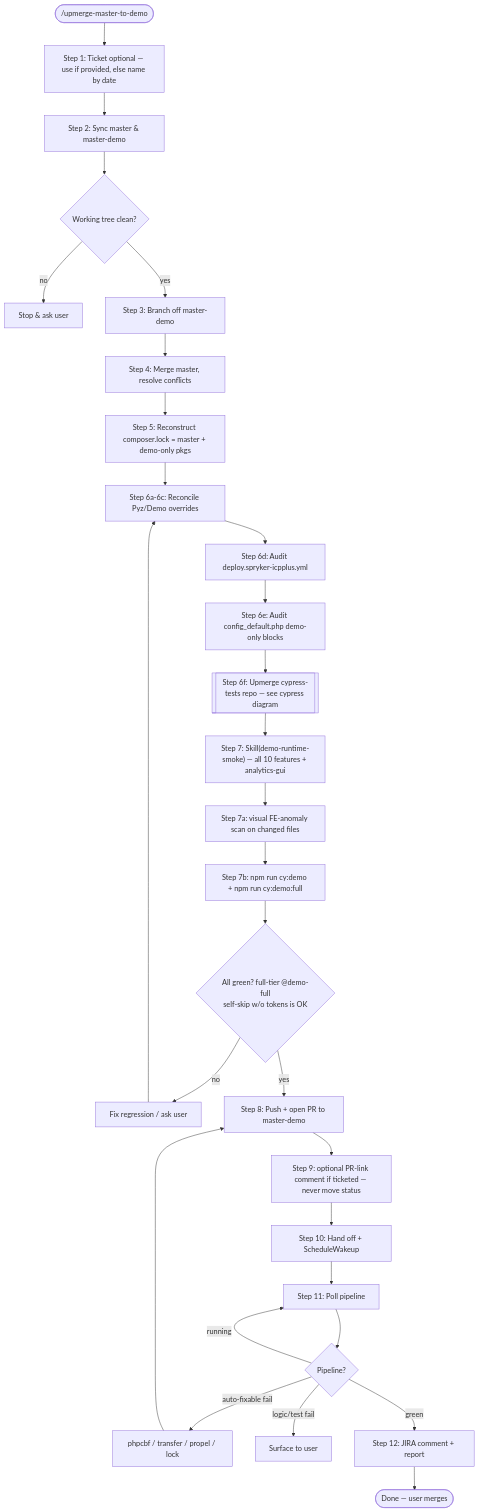
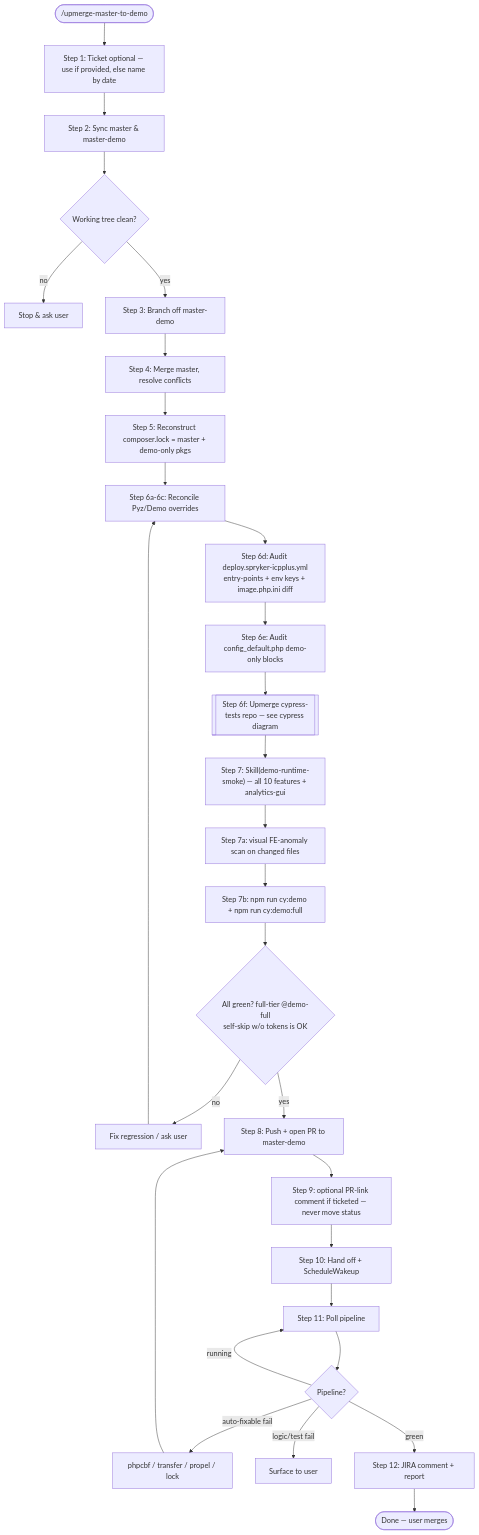
The first of 2 diagrams in .claude/skills/upmerge-master-to-demo/README.md (spryker-shop/b2b-demo-marketplace), drawn with Mermaid before and after one commit. The commit also changed other lines of this file and 2 other files, not shown here.

Commit message:
docs(upmerge-skill): add value-level ini diff to the Step 6d deploy audit
Step 6d only looked for requirements the MERGED CODE introduces, so it
structurally could not catch the reverse direction: master tuning a
runtime block across the deploy files it can see while
deploy.spryker-icpplus.yml -- a master-demo-only file -- keeps stale
values. No conflict, no missing key (keys present with stale values), no
new requirement, so checks 1-3 reported "no gaps" while icpplus sat on
opcache.enable: 0 after CC-39382 enabled it fleet-wide.

Adds check (4): diff the image.php.ini block against icp/scos/sns plus a
smoking-gun check for sibling ini changes in the current merge. Also
records that siblings intentionally disagree on sized values
(memory_consumption 256 on icp, 128 elsewhere; aws-env-template is the
canonical default), so the fix must diff more than one sibling.

Updated in all four places that describe 6d: the audit itself, its
DONE-line convention, the SKILL.md flow + test-plan + pitfalls, and the
README table + flow diagram.

````diff
--- a/.claude/skills/upmerge-master-to-demo/README.md
+++ b/.claude/skills/upmerge-master-to-demo/README.md
@@ -55,31 +55,31 @@
 ```mermaid
 flowchart TD
     A([/upmerge-master-to-demo]) --> B[Step 1: Ticket optional — use if provided, else name by date]
     B --> C[Step 2: Sync master & master-demo]
     C --> D{Working tree clean?}
     D -- no --> Dx[Stop & ask user]
     D -- yes --> E[Step 3: Branch off master-demo]
     E --> F[Step 4: Merge master, resolve conflicts]
     F --> G[Step 5: Reconstruct composer.lock = master + demo-only pkgs]
 
     G --> H[Step 6a-6c: Reconcile Pyz/Demo overrides ]
-    H --> I[Step 6d: Audit deploy.spryker-icpplus.yml]
+    H --> I[Step 6d: Audit deploy.spryker-icpplus.yml<br/>entry-points + env keys + image.php.ini diff]
     I --> J[Step 6e: Audit config_default.php demo-only blocks]
     J --> K[[Step 6f: Upmerge cypress-tests repo — see cypress diagram]]
 
     K --> L["Step 7: Skill(demo-runtime-smoke) — all 10 features + analytics-gui"]
     L --> La[Step 7a: visual FE-anomaly scan on changed files]
     La --> M[Step 7b: npm run cy:demo + npm run cy:demo:full]
     M --> N{All green? full-tier @demo-full<br/>self-skip w/o tokens is OK}
     N -- no --> Nx[Fix regression / ask user] --> H
     N -- yes --> O[Step 8: Push + open PR to master-demo]
     O --> P[Step 9: optional PR-link comment if ticketed — never move status]
     P --> Q[Step 10: Hand off + ScheduleWakeup]
     Q --> R[Step 11: Poll pipeline]
     R --> S{Pipeline?}
     S -- running --> R
     S -- auto-fixable fail --> T[phpcbf / transfer / propel / lock] --> O
     S -- logic/test fail --> Tx[Surface to user]
     S -- green --> U[Step 12: JIRA comment + report]
     U --> V([Done — user merges])
 ```
````
